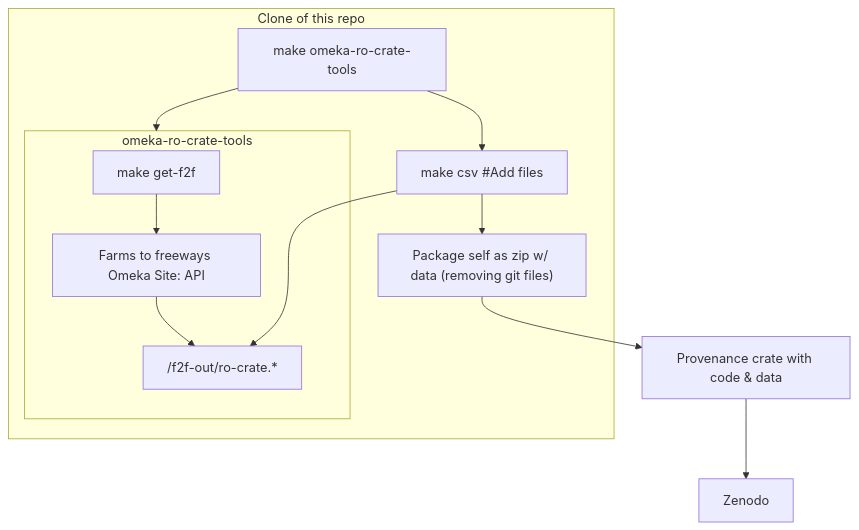
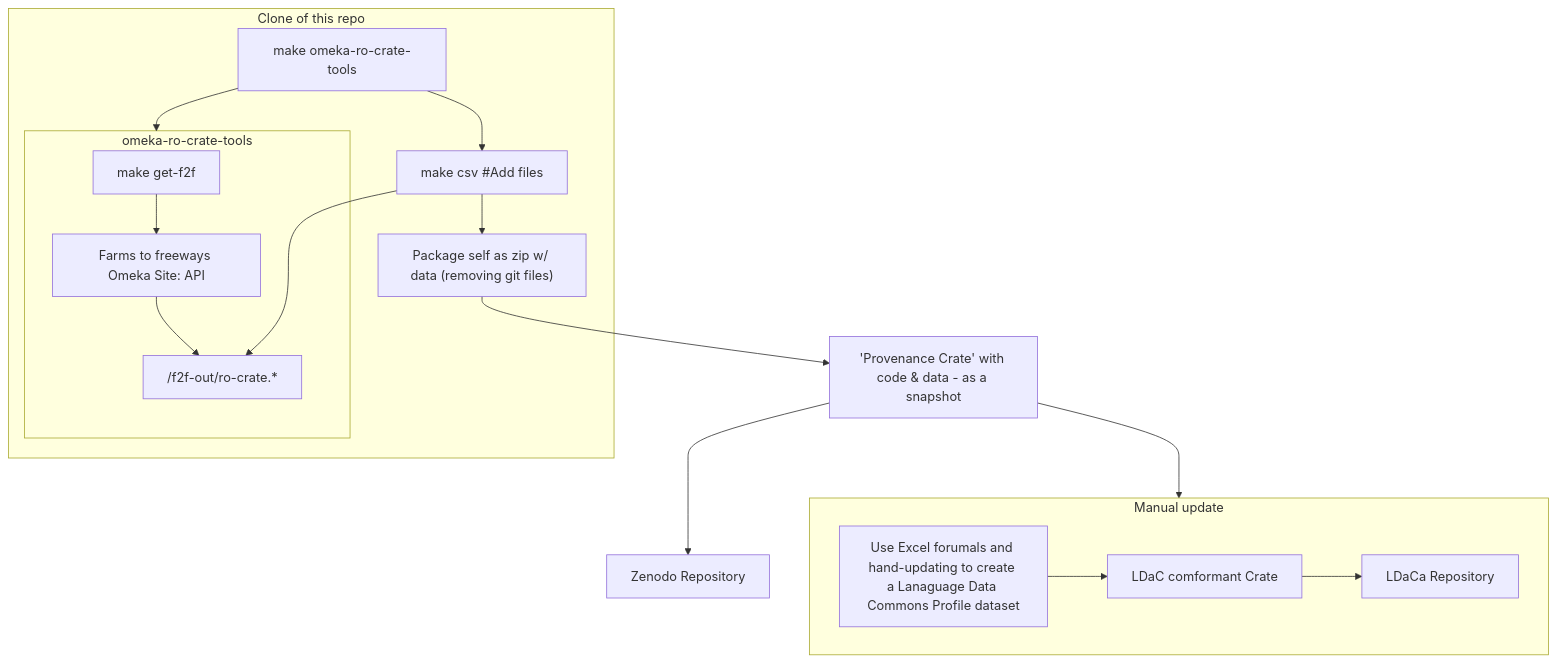
One commit to Language-Research-Technology/corpus-tools-farms-to-freeways changed the diagram in README.md. Above: the diagram before and after it, drawn with Mermaid. The commit also changed other lines of this file, not shown here.

````diff
--- a/README.md
+++ b/README.md
@@ -25,19 +25,25 @@
 ```mermaid
-graph TD;
+graph TB;
     
     subgraph this["Clone of this repo"]
       tools["make omeka-ro-crate-tools"] --> omeka-ro-crate-tools
       subgraph omeka-ro-crate-tools
         get["make get-f2f"] -->  f2f["Farms to freeways Omeka Site: API"]
         f2f --> ro-crate["/f2f-out/ro-crate.*"]
       end
       csv["make csv #Add files"] --> ro-crate
       pack["Package self as zip w/ data (removing git files)"]
       tools --> csv
       csv --> pack
     end
-    pack --> prov["Provenance crate with code & data"]
-    prov --> Zenodo
+    pack --> prov["'Provenance Crate' with code & data - as a snapshot"] --> manual
+    prov --> Zenodo["Zenodo Repository"]
+    subgraph manual["Manual update"]
+      xl["Use Excel forumals and hand-updating to create a Lanaguage Data Commons Profile dataset"] --> lc["LDaC comformant Crate"]
+      lc --> lr["LDaCa Repository"]
+      
+
+    end
     
     
 ```   
````
